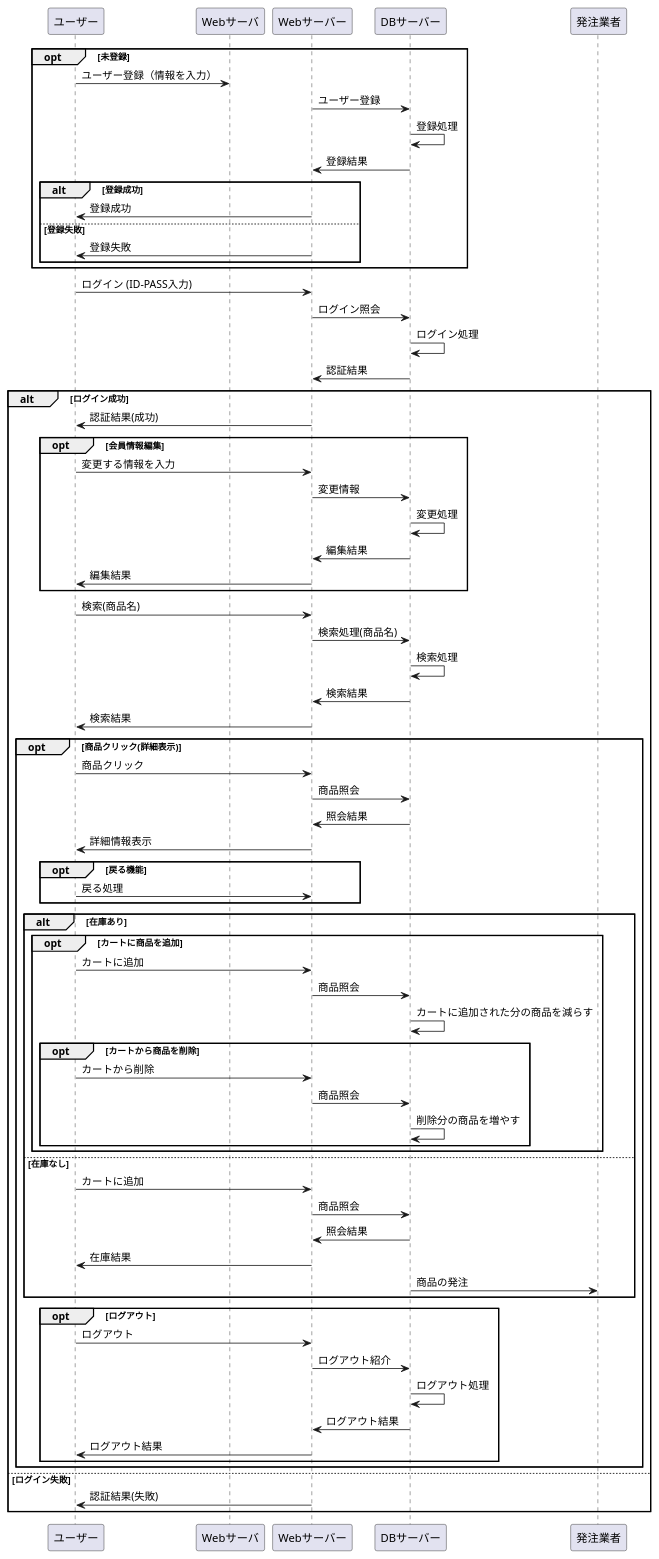
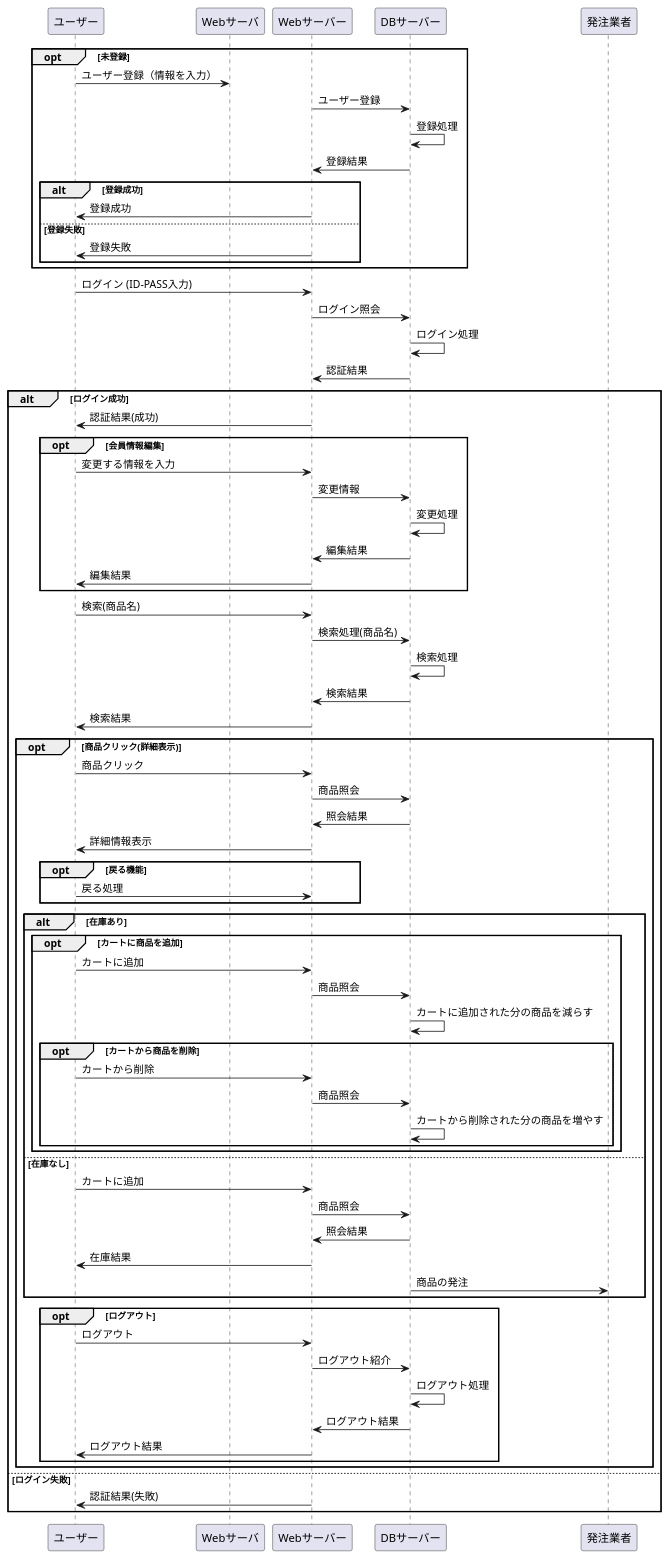
The diagram in src/md/02業務フロー.md (Aso2001001/2021sys-design), drawn with PlantUML before and after one commit.

````diff
--- a/src/md/02業務フロー.md
+++ b/src/md/02業務フロー.md
@@ -1,82 +1,82 @@
 ```uml
 @startuml
 opt 未登録
 ユーザー -> Webサーバ : ユーザー登録（情報を入力）
 Webサーバー -> DBサーバー : ユーザー登録
 DBサーバー -> DBサーバー : 登録処理
 DBサーバー -> Webサーバー : 登録結果
 
 alt 登録成功
 Webサーバー -> ユーザー : 登録成功
 else 登録失敗
 Webサーバー -> ユーザー : 登録失敗
 end
 end
 
 ユーザー -> Webサーバー : ログイン (ID-PASS入力)
 Webサーバー -> DBサーバー : ログイン照会
 DBサーバー -> DBサーバー : ログイン処理
 DBサーバー -> Webサーバー : 認証結果
 
 alt ログイン成功
 Webサーバー -> ユーザー : 認証結果(成功)
 
 opt 会員情報編集
 ユーザー -> Webサーバー : 変更する情報を入力
 Webサーバー -> DBサーバー : 変更情報
 DBサーバー -> DBサーバー : 変更処理
 DBサーバー -> Webサーバー : 編集結果
 Webサーバー -> ユーザー : 編集結果
 end
 
 ユーザー -> Webサーバー : 検索(商品名)
 Webサーバー -> DBサーバー : 検索処理(商品名)
 DBサーバー -> DBサーバー : 検索処理
 DBサーバー -> Webサーバー : 検索結果
 Webサーバー -> ユーザー : 検索結果
 
 opt 商品クリック(詳細表示)
 ユーザー -> Webサーバー : 商品クリック
 Webサーバー -> DBサーバー : 商品照会
 DBサーバー -> Webサーバー : 照会結果
 Webサーバー -> ユーザー : 詳細情報表示
 
 opt 戻る機能
 ユーザー -> Webサーバー : 戻る処理
 end
 
 alt 在庫あり
 opt カートに商品を追加
 ユーザー -> Webサーバー : カートに追加
 Webサーバー -> DBサーバー : 商品照会
 DBサーバー -> DBサーバー : カートに追加された分の商品を減らす
 opt カートから商品を削除
 ユーザー -> Webサーバー : カートから削除
 Webサーバー -> DBサーバー : 商品照会
-DBサーバー -> DBサーバー : 削除分の商品を増やす
+DBサーバー -> DBサーバー : カートから削除された分の商品を増やす
 end
 end
 
 else 在庫なし
 ユーザー -> Webサーバー : カートに追加
 Webサーバー -> DBサーバー : 商品照会
 DBサーバー -> Webサーバー : 照会結果
 Webサーバー -> ユーザー : 在庫結果
 DBサーバー -> 発注業者 : 商品の発注
 end
 
 opt ログアウト
 ユーザー -> Webサーバー :ログアウト
 Webサーバー -> DBサーバー : ログアウト紹介
 DBサーバー -> DBサーバー : ログアウト処理
 DBサーバー -> Webサーバー : ログアウト結果
 Webサーバー -> ユーザー : ログアウト結果
 end
 end
 
 else ログイン失敗
 Webサーバー -> ユーザー : 認証結果(失敗)
 end
 
 @enduml
 ```
````
